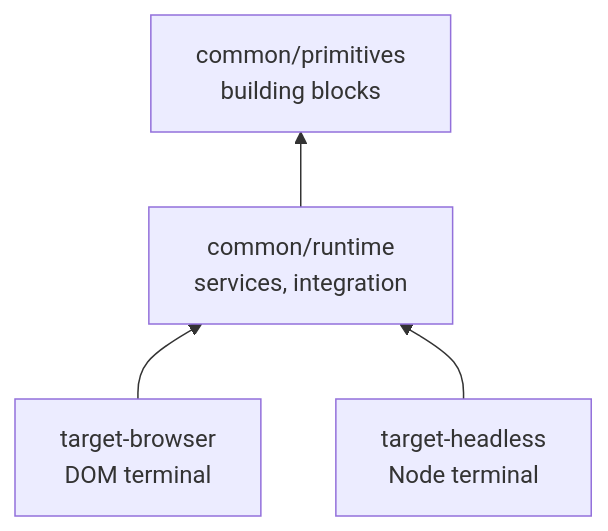
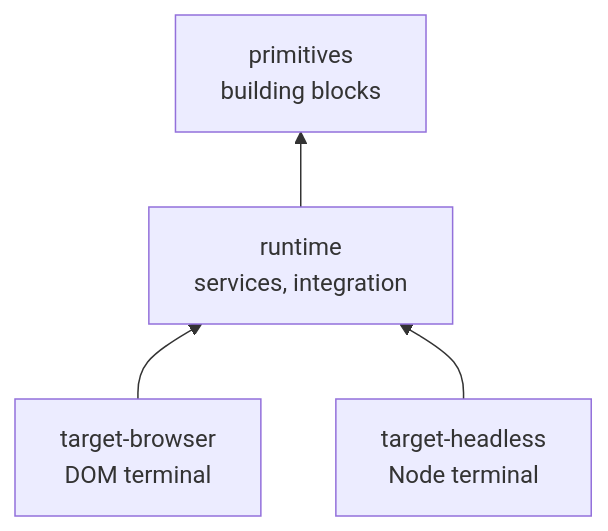
Before and after one commit to xtermjs/xterm.js: the diagram in src/ARCHITECTURE.md, drawn with Mermaid. The commit also changed other lines of this file and 143 other files, not shown here.

First line of the commit message:
Move primitives and runtime out of src/common/

````diff
--- a/src/ARCHITECTURE.md
+++ b/src/ARCHITECTURE.md
@@ -7,11 +7,11 @@
 ```mermaid
 flowchart BT
-  primitives["common/primitives<br/>building blocks"]
-  runtime["common/runtime<br/>services, integration"]
+  primitives["primitives<br/>building blocks"]
+  runtime["runtime<br/>services, integration"]
   targetBrowser["target-browser<br/>DOM terminal"]
   targetHeadless["target-headless<br/>Node terminal"]
 
   runtime --> primitives
   targetBrowser --> runtime
   targetHeadless --> runtime
 ```
````
